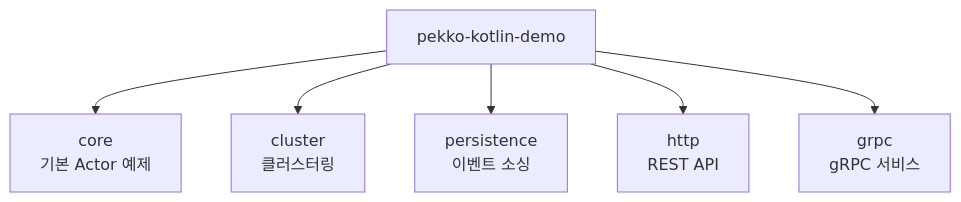
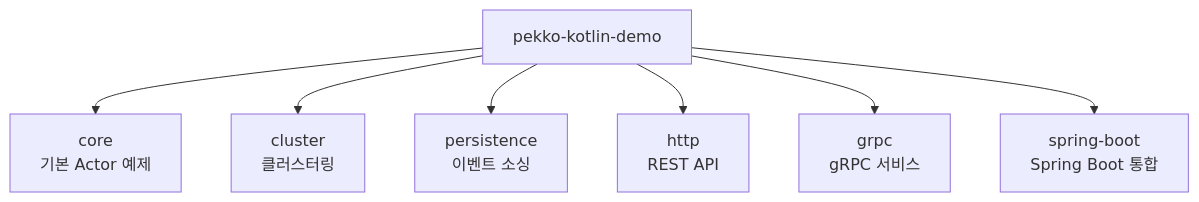
One commit to iceflower/pekko-kotlin-demo changed the diagram in README.md. Above: the diagram before and after it, drawn with Mermaid. The commit also changed other lines of this file and 7 other files, not shown here.

````diff
--- a/README.md
+++ b/README.md
@@ -22,9 +22,10 @@
 ```mermaid
 graph TB
     Root[pekko-kotlin-demo]
     Root --> Core[core<br/>기본 Actor 예제]
     Root --> Cluster[cluster<br/>클러스터링]
     Root --> Persistence[persistence<br/>이벤트 소싱]
     Root --> HTTP[http<br/>REST API]
     Root --> GRPC[grpc<br/>gRPC 서비스]
+    Root --> SpringBoot[spring-boot<br/>Spring Boot 통합]
 ```
````
